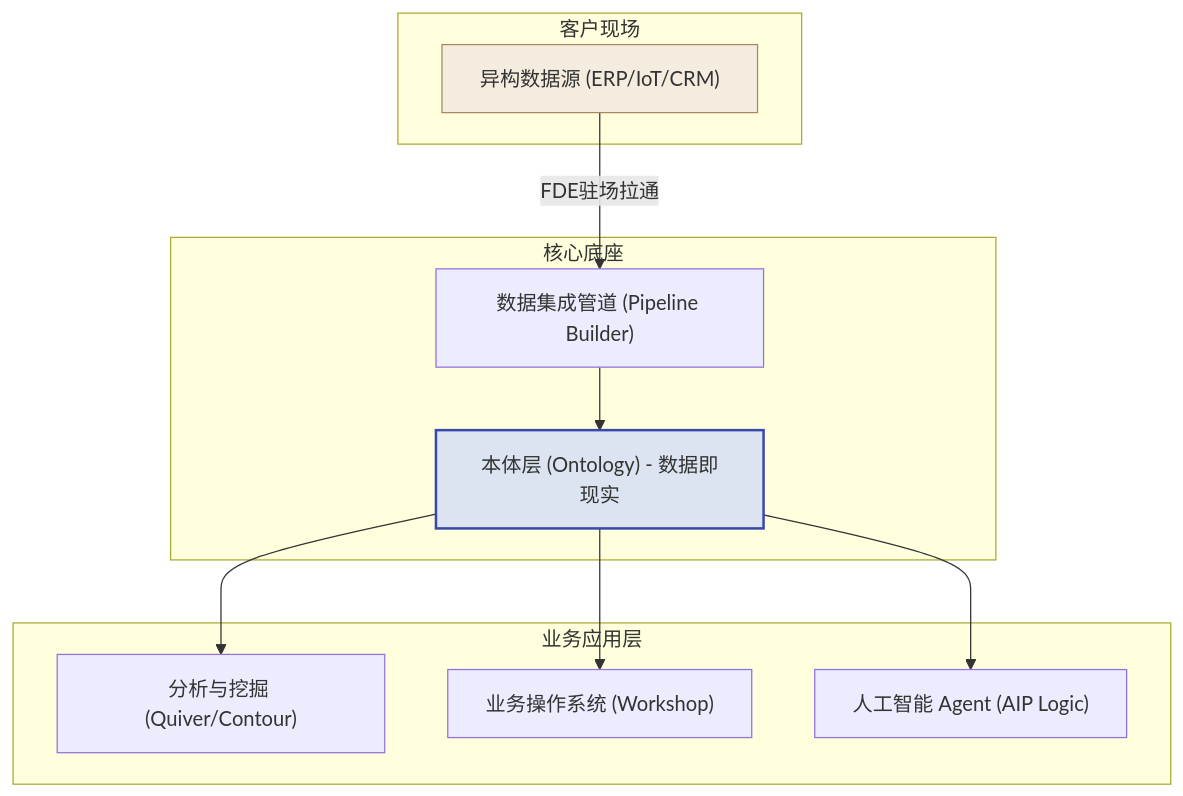
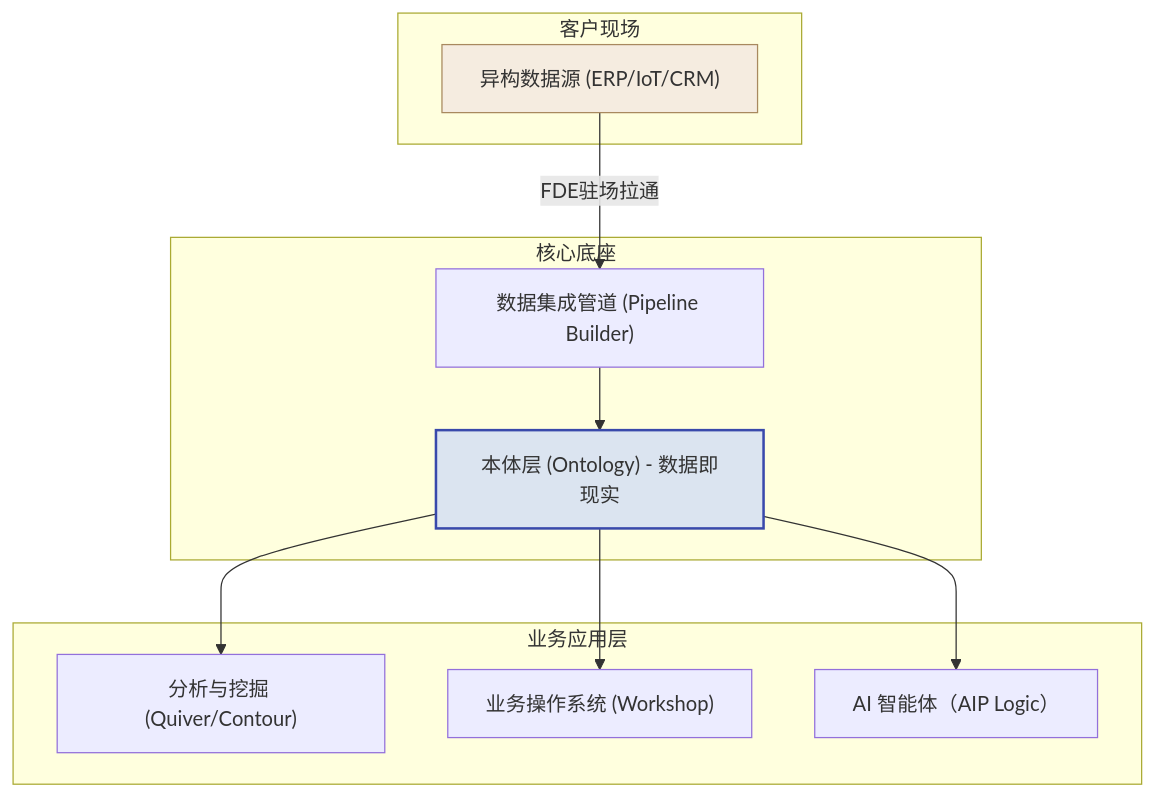
Before and after one commit to cloudzun/fde-course: the first of 2 diagrams in textbook/第03章_Palantir的平台与FDE体系.md, drawn with Mermaid. The commit also changed other lines of this file and 21 other files, not shown here.

````diff
--- a/textbook/第03章_Palantir的平台与FDE体系.md
+++ b/textbook/第03章_Palantir的平台与FDE体系.md
@@ -34,26 +34,26 @@
 ```mermaid
 graph TD
     subgraph site["客户现场"]
         src["异构数据源 (ERP/IoT/CRM)"]
     end
     
     subgraph core["核心底座"]
         pipe["数据集成管道 (Pipeline Builder)"]
         onto["本体层 (Ontology) - 数据即现实"]
     end
     
     subgraph app["业务应用层"]
         ana["分析与挖掘 (Quiver/Contour)"]
         work["业务操作系统 (Workshop)"]
-        aip["人工智能 Agent (AIP Logic)"]
+        aip["AI 智能体（AIP Logic）"]
     end
     
     src --"FDE驻场拉通"--> pipe
     pipe --> onto
     onto --> ana
     onto --> work
     onto --> aip
 
     style src fill:#f5ece0,stroke:#a8895f
     style onto fill:#dbe4f0,stroke:#3949ab,stroke-width:2px
 ```
````
